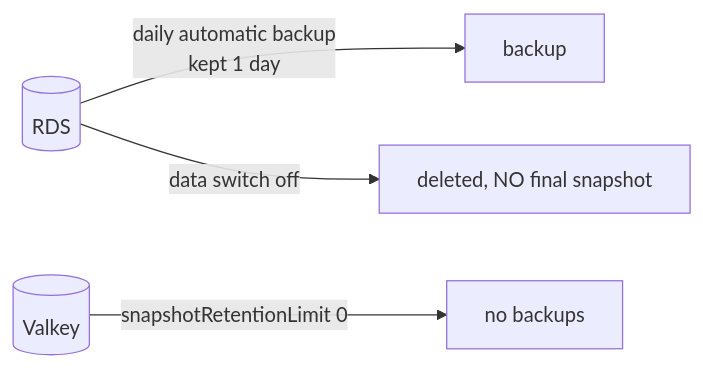
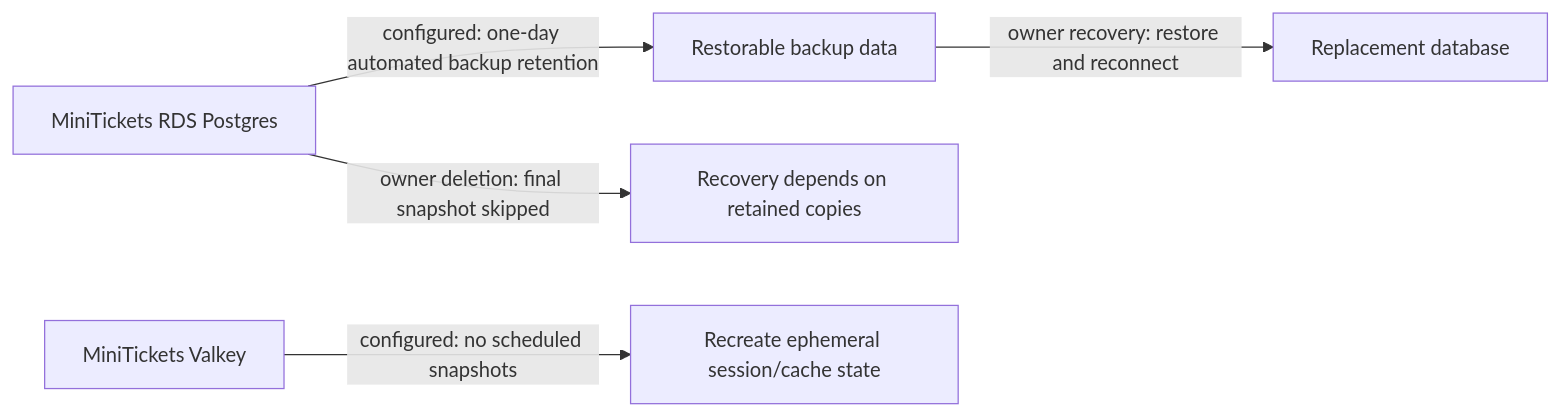
One commit to maheshnd/minitickets changed the diagram in docs/handbook/concepts/backups-dr.md. Above: the diagram before and after it, drawn with Mermaid. The commit also changed other lines of this file and 119 other files, not shown here.

````diff
--- a/docs/handbook/concepts/backups-dr.md
+++ b/docs/handbook/concepts/backups-dr.md
@@ -19,6 +19,7 @@
 ```mermaid
 flowchart LR
-    db[("RDS")] -->|"daily automatic backup<br/>kept 1 day"| b["backup"]
-    db -->|"data switch off"| gone["deleted, NO final snapshot"]
-    vk[("Valkey")] -->|"snapshotRetentionLimit 0"| none["no backups"]
+    D["MiniTickets RDS Postgres"] -->|"configured: one-day automated backup retention"| B["Restorable backup data"]
+    B -->|"owner recovery: restore and reconnect"| R["Replacement database"]
+    V["MiniTickets Valkey"] -->|"configured: no scheduled snapshots"| S["Recreate ephemeral session/cache state"]
+    D -->|"owner deletion: final snapshot skipped"| X["Recovery depends on retained copies"]
 ```
````
